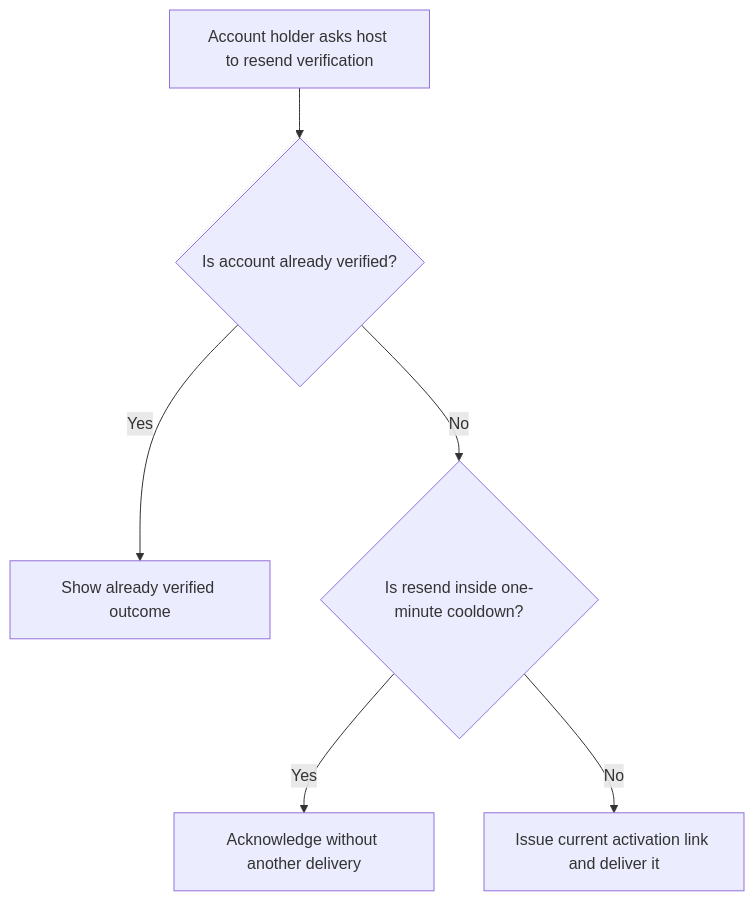
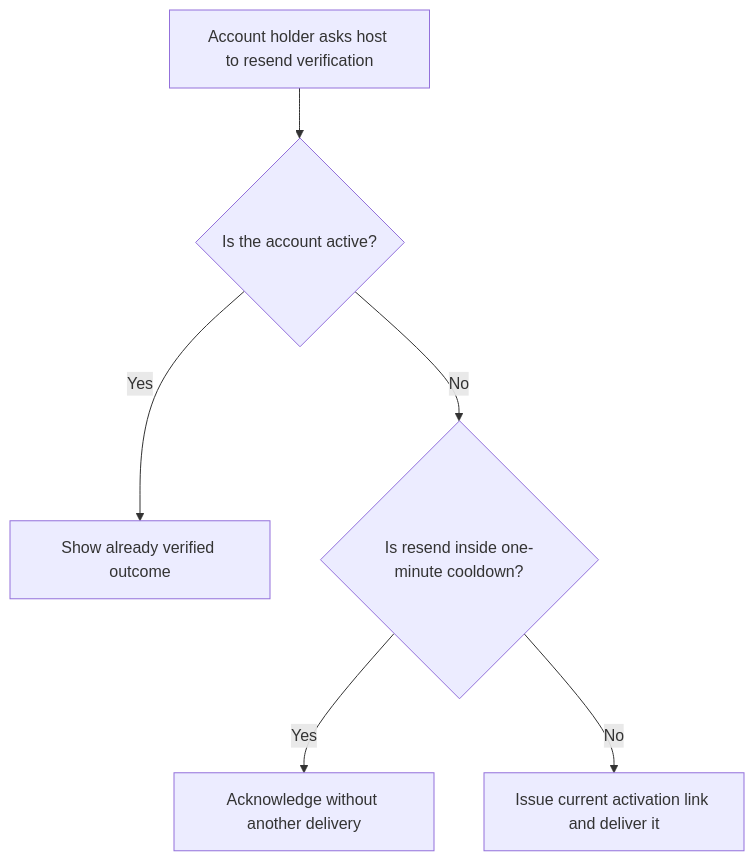
One commit to Kevinjohn/oss-adonisjs-account-kit changed the first of 2 diagrams in user-stories/US-ACCOUNT-37-resend-verification.md. Above: the diagram before and after it, drawn with Mermaid. The commit also changed other lines of this file and 15 other files, not shown here.

````diff
--- a/user-stories/US-ACCOUNT-37-resend-verification.md
+++ b/user-stories/US-ACCOUNT-37-resend-verification.md
@@ -19,8 +19,8 @@
 ```mermaid
 flowchart TD
- A["Account holder asks host to resend verification"] --> B{"Is account already verified?"}
+ A["Account holder asks host to resend verification"] --> B{"Is the account active?"}
  B -->|Yes| C["Show already verified outcome"]
  B -->|No| D{"Is resend inside one-minute cooldown?"}
  D -->|Yes| E["Acknowledge without another delivery"]
  D -->|No| F["Issue current activation link and deliver it"]
 ```
````
